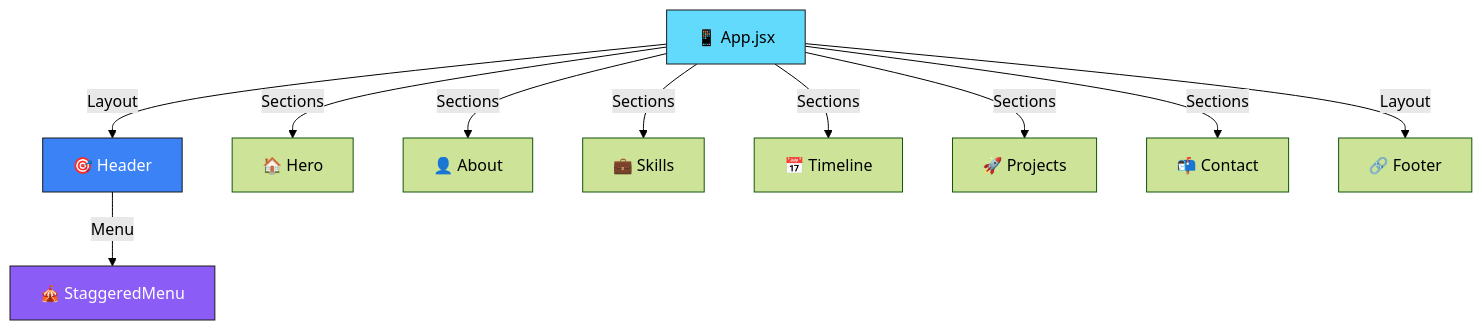
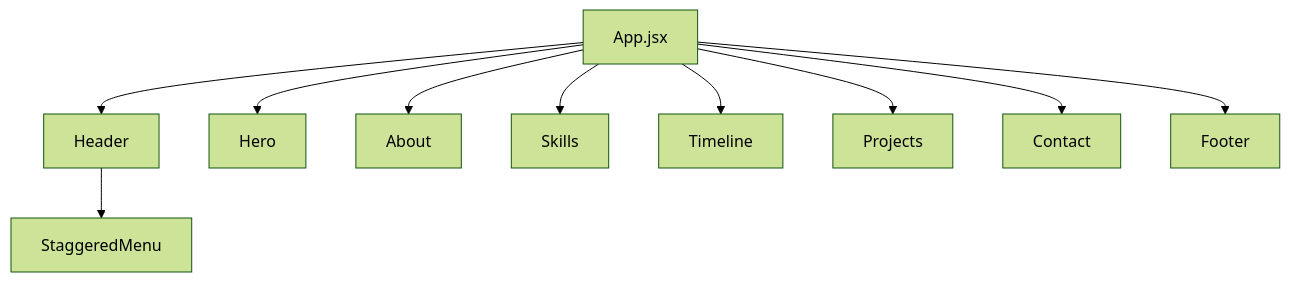
The diagram in README.md (joaogalimberti/portfolio), drawn with Mermaid (forest theme) before and after one commit. The commit also changed other lines of this file, not shown here.

````diff
--- a/README.md
+++ b/README.md
@@ -180,17 +104,12 @@
 ```mermaid
 graph TD
-    A[📱 App.jsx] -->|Layout| B[🎯 Header]
-    A -->|Sections| C[🏠 Hero]
-    A -->|Sections| D[👤 About]
-    A -->|Sections| E[💼 Skills]
-    A -->|Sections| F[📅 Timeline]
-    A -->|Sections| G[🚀 Projects]
-    A -->|Sections| H[📬 Contact]
-    A -->|Layout| I[🔗 Footer]
-    
-    B -->|Menu| J[🎪 StaggeredMenu]
-    
-    style A fill:#61DAFB,stroke:#1a1a1a,color:#000
-    style B fill:#3B82F6,stroke:#1a1a1a,color:#fff
-    style J fill:#8B5CF6,stroke:#1a1a1a,color:#fff
+    A[App.jsx] --> B[Header]
+    A --> C[Hero]
+    A --> D[About]
+    A --> E[Skills]
+    A --> F[Timeline]
+    A --> G[Projects]
+    A --> H[Contact]
+    A --> I[Footer]
+    B --> J[StaggeredMenu]
 ```
````
